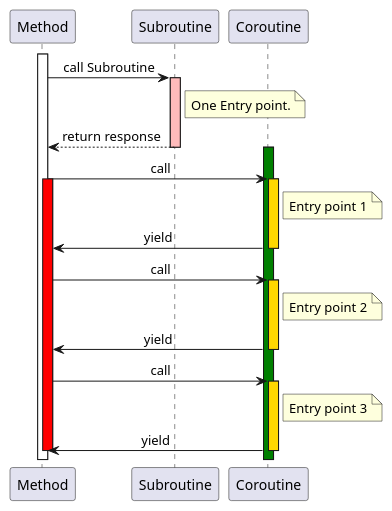
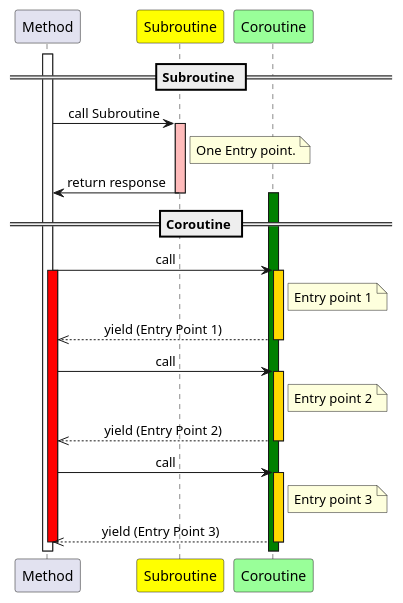
One commit to nitinkc/nitinkc.github.io changed the diagram in _posts/Java/threads/2022-07-15-Multithreading.md. Above: the diagram before and after it, drawn with PlantUML. The commit also changed other lines of this file and 2 other files, not shown here.

```diff
--- a/_posts/Java/threads/2022-07-15-Multithreading.md
+++ b/_posts/Java/threads/2022-07-15-Multithreading.md
@@ -240,35 +243,40 @@
 @startuml
-participant Method as A
-participant Subroutine as B
-participant Coroutine
 
-activate A
-
-A -> B: call Subroutine
-activate B #FFBBBB
-Note right of B: One Entry point.
-B --> A: return response
-deactivate B
-skinparam sequenceMessageAlign center
-
-activate Coroutine #green
-A -> Coroutine: call
-Note right of Coroutine: Entry point 1
-activate Coroutine #gold
-activate A #Red
-Coroutine -> A: yield
-deactivate Coroutine
-
-A -> Coroutine: call
-Note right of Coroutine: Entry point 2
-activate Coroutine #gold
-Coroutine -> A: yield 
-deactivate Coroutine
-
-A -> Coroutine: call
-Note right of Coroutine: Entry point 3
-activate Coroutine #gold
-Coroutine -> A: yield 
-deactivate Coroutine
-deactivate A
+    participant Method as A
+    participant Subroutine as B #yellow
+    participant Coroutine #99FF99
+    
+    activate A
+    
+    == Subroutine ==
+    
+    A -> B: call Subroutine
+    activate B #FFBBBB
+    Note right of B: One Entry point.
+    B -> A: return response
+    deactivate B
+    skinparam sequenceMessageAlign center
+    
+    == Coroutine ==
+    
+    activate Coroutine #green
+    A -> Coroutine: call
+    Note right of Coroutine: Entry point 1
+    activate Coroutine #gold
+    activate A #Red
+    Coroutine -->> A: yield (Entry Point 1)
+    deactivate Coroutine
+    
+    A -> Coroutine: call
+    Note right of Coroutine: Entry point 2
+    activate Coroutine #gold
+    Coroutine -->> A: yield (Entry Point 2) 
+    deactivate Coroutine
+    
+    A -> Coroutine: call
+    Note right of Coroutine: Entry point 3
+    activate Coroutine #gold
+    Coroutine -->> A: yield (Entry Point 3) 
+    deactivate Coroutine
+    deactivate A
 @enduml
```
